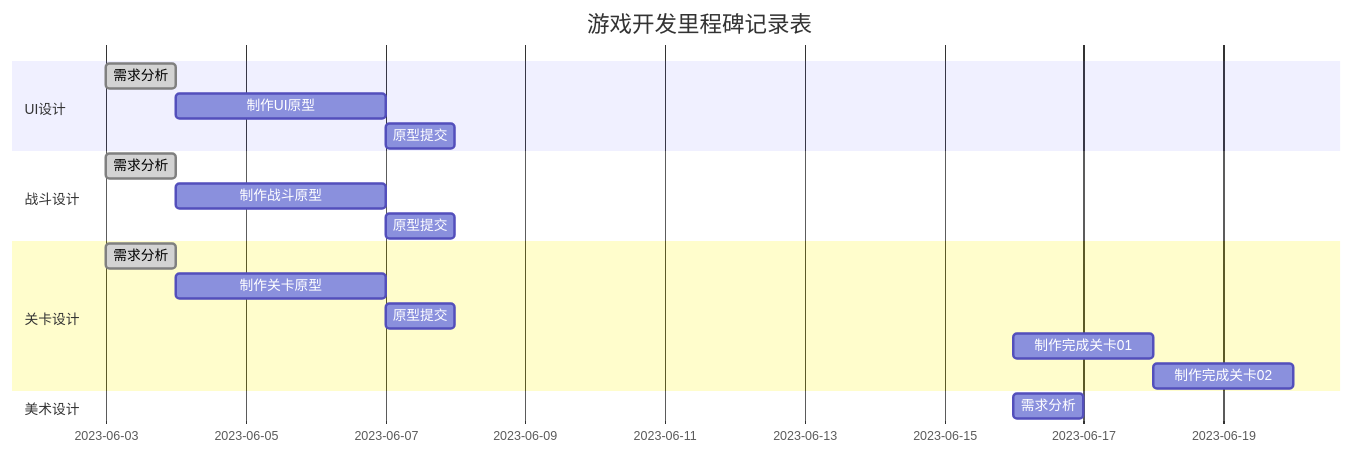
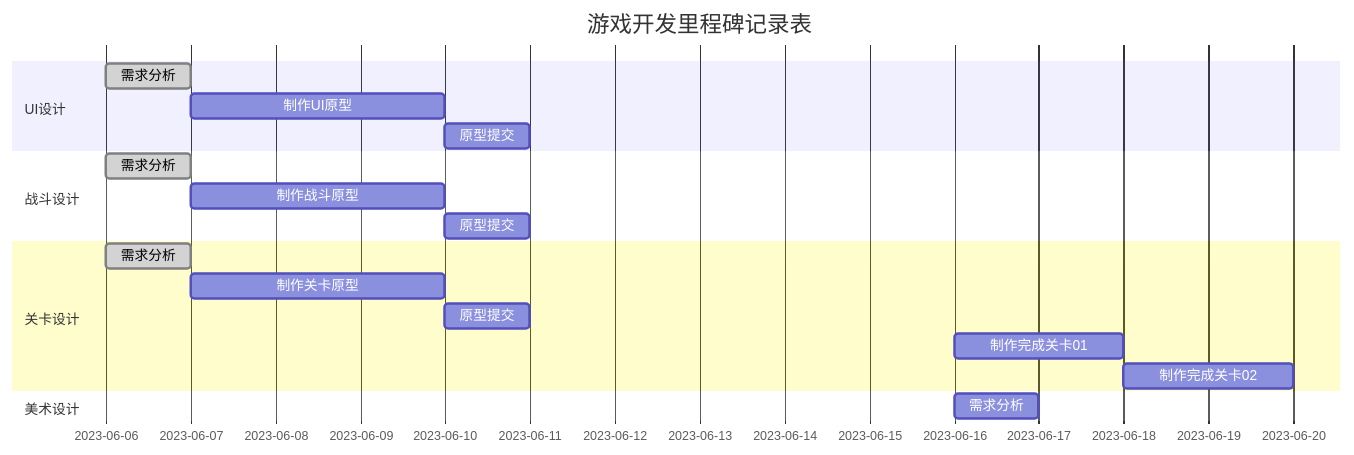
One commit to ANKIIMA/GameDesign-ARPG changed the diagram in README.md. Above: the diagram before and after it, drawn with Mermaid. The commit also changed other lines of this file, not shown here.

````diff
--- a/README.md
+++ b/README.md
@@ -19,27 +19,27 @@
 ```mermaid
 gantt
 title 游戏开发里程碑记录表
 
 dateFormat MM-DD
 
 section UI设计
-需求分析 :done,ui-des1,06-03,1d
+需求分析 :done,ui-des1,06-06,1d
 制作UI原型 :ui-des2,after ui-des1,3d
 原型提交 :ui-des3, after ui-des2, 1d
 
 section 战斗设计
-需求分析 :done,f-des1,06-03,1d
+需求分析 :done,f-des1,06-06,1d
 制作战斗原型 :f-des2,after f-des1,3d
 原型提交 :f-des3, after f-des2, 1d
 
 section 关卡设计
-需求分析 :done,s-des1,06-03,1d
+需求分析 :done,s-des1,06-06,1d
 制作关卡原型 :s-des2,after s-des1,3d
 原型提交 :f-des3, after f-des2, 1d
 制作完成关卡01 :s-des3,06-16,2d
 制作完成关卡02 :s-des4, 06-18, 2d
 
 section 美术设计
 需求分析 :a-des1, 06-16, 1d
 
 ```
````
